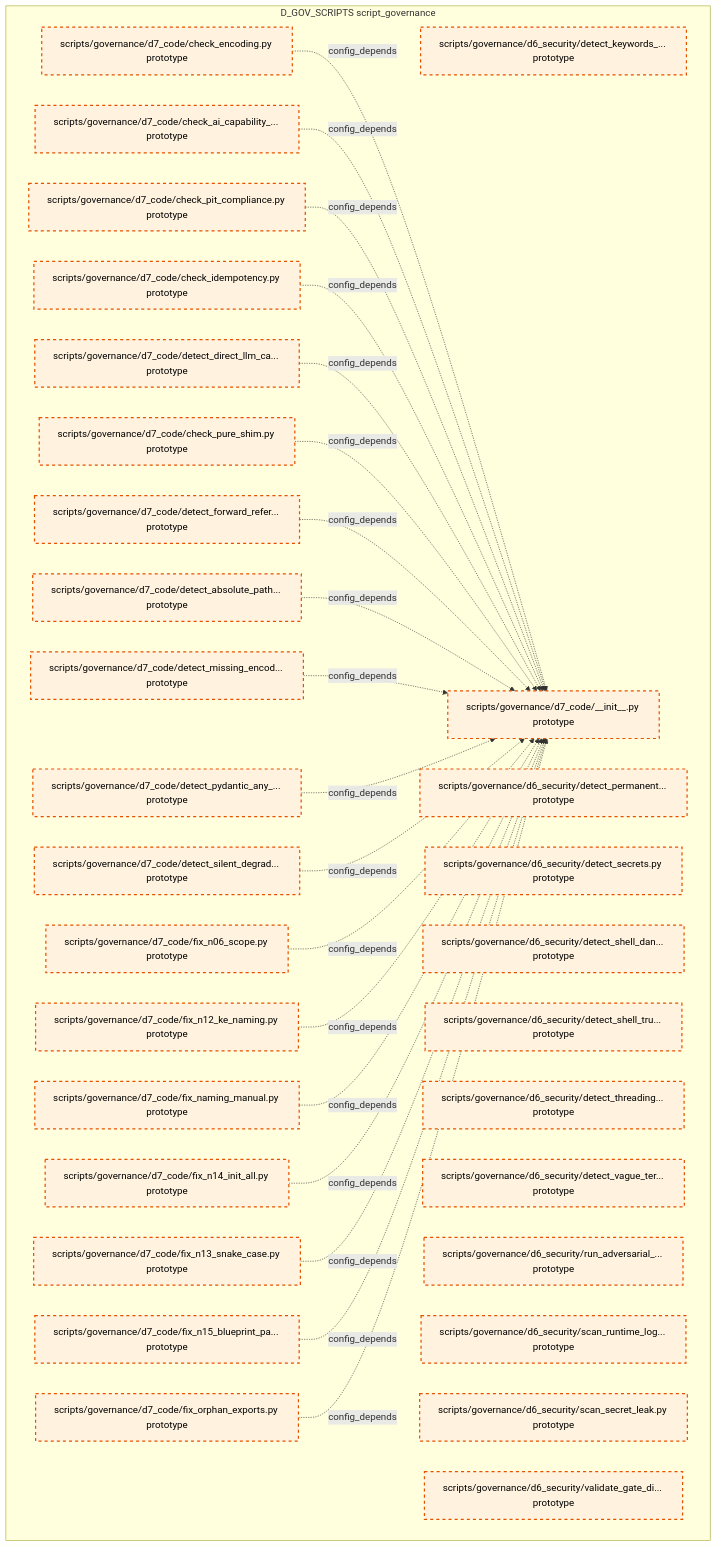
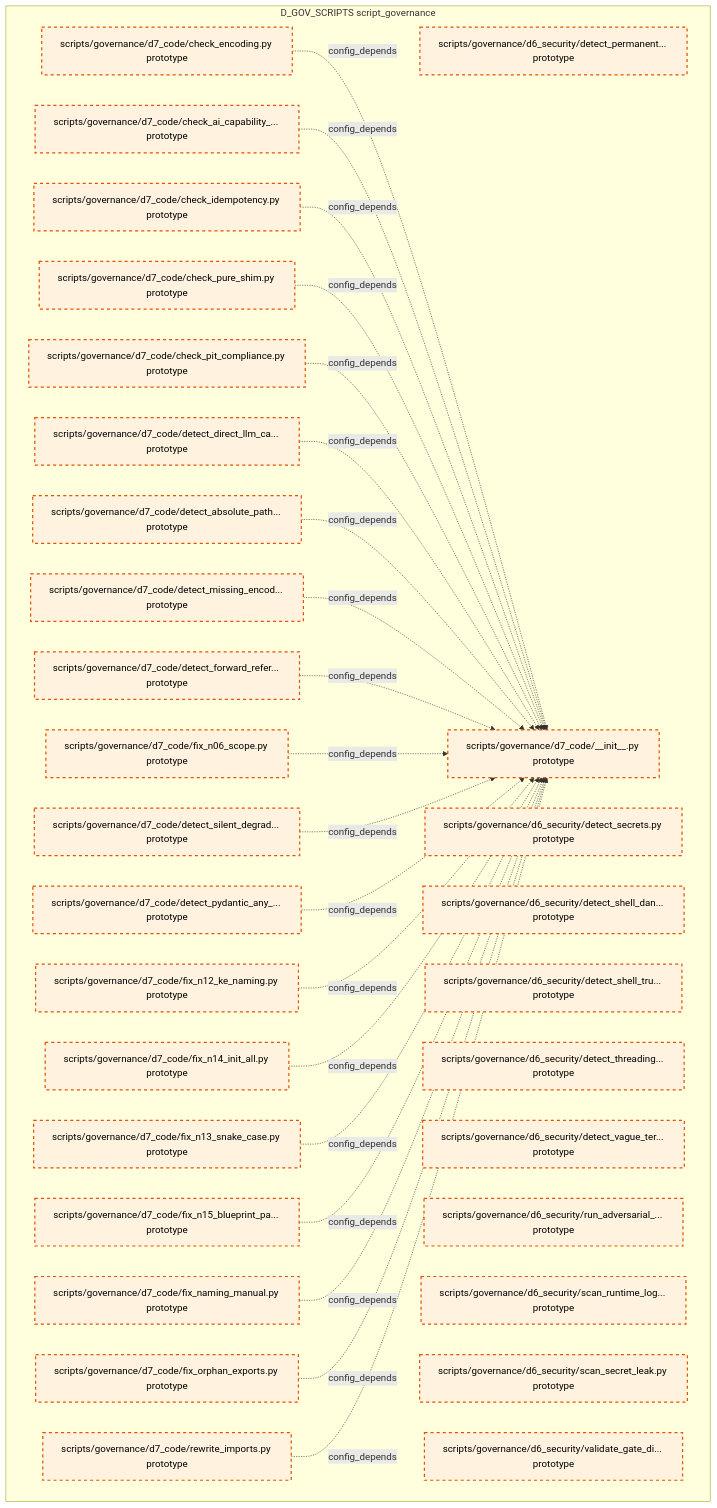
The tenth of 15 diagrams in docs/02_enterprise_architecture/02_domain_architecture_docs/38_d_gov_scripts.md (xuanFelixVan/ZephyrAlpha), drawn with Mermaid before and after one commit. The commit also changed other lines of this file and 100 other files, not shown here.

````diff
--- a/docs/02_enterprise_architecture/02_domain_architecture_docs/38_d_gov_scripts.md
+++ b/docs/02_enterprise_architecture/02_domain_architecture_docs/38_d_gov_scripts.md
@@ -683,58 +689,59 @@
 ```mermaid
 graph TD
     subgraph D_GOV_SCRIPTS["D_GOV_SCRIPTS script_governance"]
-        scripts_governance_d6_security_detect_keywords_in_logs_py["scripts/governance/d6_security/detect_keywords_... prototype"]
         scripts_governance_d6_security_detect_permanent_file_deletion_py["scripts/governance/d6_security/detect_permanent... prototype"]
         scripts_governance_d6_security_detect_secrets_py["scripts/governance/d6_security/detect_secrets.py prototype"]
         scripts_governance_d6_security_detect_shell_dangerous_py["scripts/governance/d6_security/detect_shell_dan... prototype"]
         scripts_governance_d6_security_detect_shell_true_py["scripts/governance/d6_security/detect_shell_tru... prototype"]
         scripts_governance_d6_security_detect_threading_lock_py["scripts/governance/d6_security/detect_threading... prototype"]
         scripts_governance_d6_security_detect_vague_terms_py["scripts/governance/d6_security/detect_vague_ter... prototype"]
         scripts_governance_d6_security_run_adversarial_checks_py["scripts/governance/d6_security/run_adversarial_... prototype"]
         scripts_governance_d6_security_scan_runtime_log_secrets_py["scripts/governance/d6_security/scan_runtime_log... prototype"]
         scripts_governance_d6_security_scan_secret_leak_py["scripts/governance/d6_security/scan_secret_leak.py prototype"]
         scripts_governance_d6_security_validate_gate_discipline_py["scripts/governance/d6_security/validate_gate_di... prototype"]
         scripts_governance_d7_code_init_py["scripts/governance/d7_code/__init__.py prototype"]
         scripts_governance_d7_code_check_ai_capability_boundary_py["scripts/governance/d7_code/check_ai_capability_... prototype"]
         scripts_governance_d7_code_check_encoding_py["scripts/governance/d7_code/check_encoding.py prototype"]
         scripts_governance_d7_code_check_idempotency_py["scripts/governance/d7_code/check_idempotency.py prototype"]
         scripts_governance_d7_code_check_pit_compliance_py["scripts/governance/d7_code/check_pit_compliance.py prototype"]
         scripts_governance_d7_code_check_pure_shim_py["scripts/governance/d7_code/check_pure_shim.py prototype"]
         scripts_governance_d7_code_detect_absolute_path_hardcoding_py["scripts/governance/d7_code/detect_absolute_path... prototype"]
         scripts_governance_d7_code_detect_direct_llm_calls_py["scripts/governance/d7_code/detect_direct_llm_ca... prototype"]
         scripts_governance_d7_code_detect_forward_reference_py["scripts/governance/d7_code/detect_forward_refer... prototype"]
         scripts_governance_d7_code_detect_missing_encoding_py["scripts/governance/d7_code/detect_missing_encod... prototype"]
         scripts_governance_d7_code_detect_pydantic_any_fields_py["scripts/governance/d7_code/detect_pydantic_any_... prototype"]
         scripts_governance_d7_code_detect_silent_degradation_py["scripts/governance/d7_code/detect_silent_degrad... prototype"]
         scripts_governance_d7_code_fix_n06_scope_py["scripts/governance/d7_code/fix_n06_scope.py prototype"]
         scripts_governance_d7_code_fix_n12_ke_naming_py["scripts/governance/d7_code/fix_n12_ke_naming.py prototype"]
         scripts_governance_d7_code_fix_n13_snake_case_py["scripts/governance/d7_code/fix_n13_snake_case.py prototype"]
         scripts_governance_d7_code_fix_n14_init_all_py["scripts/governance/d7_code/fix_n14_init_all.py prototype"]
         scripts_governance_d7_code_fix_n15_blueprint_path_py["scripts/governance/d7_code/fix_n15_blueprint_pa... prototype"]
         scripts_governance_d7_code_fix_naming_manual_py["scripts/governance/d7_code/fix_naming_manual.py prototype"]
         scripts_governance_d7_code_fix_orphan_exports_py["scripts/governance/d7_code/fix_orphan_exports.py prototype"]
+        scripts_governance_d7_code_rewrite_imports_py["scripts/governance/d7_code/rewrite_imports.py prototype"]
     end
     scripts_governance_d7_code_check_encoding_py -.->|config_depends| scripts_governance_d7_code_init_py
     scripts_governance_d7_code_check_ai_capability_boundary_py -.->|config_depends| scripts_governance_d7_code_init_py
+    scripts_governance_d7_code_check_idempotency_py -.->|config_depends| scripts_governance_d7_code_init_py
+    scripts_governance_d7_code_check_pure_shim_py -.->|config_depends| scripts_governance_d7_code_init_py
     scripts_governance_d7_code_check_pit_compliance_py -.->|config_depends| scripts_governance_d7_code_init_py
-    scripts_governance_d7_code_check_idempotency_py -.->|config_depends| scripts_governance_d7_code_init_py
     scripts_governance_d7_code_detect_direct_llm_calls_py -.->|config_depends| scripts_governance_d7_code_init_py
-    scripts_governance_d7_code_check_pure_shim_py -.->|config_depends| scripts_governance_d7_code_init_py
-    scripts_governance_d7_code_detect_forward_reference_py -.->|config_depends| scripts_governance_d7_code_init_py
     scripts_governance_d7_code_detect_absolute_path_hardcoding_py -.->|config_depends| scripts_governance_d7_code_init_py
     scripts_governance_d7_code_detect_missing_encoding_py -.->|config_depends| scripts_governance_d7_code_init_py
+    scripts_governance_d7_code_detect_forward_reference_py -.->|config_depends| scripts_governance_d7_code_init_py
+    scripts_governance_d7_code_fix_n06_scope_py -.->|config_depends| scripts_governance_d7_code_init_py
+    scripts_governance_d7_code_detect_silent_degradation_py -.->|config_depends| scripts_governance_d7_code_init_py
     scripts_governance_d7_code_detect_pydantic_any_fields_py -.->|config_depends| scripts_governance_d7_code_init_py
-    scripts_governance_d7_code_detect_silent_degradation_py -.->|config_depends| scripts_governance_d7_code_init_py
-    scripts_governance_d7_code_fix_n06_scope_py -.->|config_depends| scripts_governance_d7_code_init_py
     scripts_governance_d7_code_fix_n12_ke_naming_py -.->|config_depends| scripts_governance_d7_code_init_py
-    scripts_governance_d7_code_fix_naming_manual_py -.->|config_depends| scripts_governance_d7_code_init_py
     scripts_governance_d7_code_fix_n14_init_all_py -.->|config_depends| scripts_governance_d7_code_init_py
     scripts_governance_d7_code_fix_n13_snake_case_py -.->|config_depends| scripts_governance_d7_code_init_py
     scripts_governance_d7_code_fix_n15_blueprint_path_py -.->|config_depends| scripts_governance_d7_code_init_py
+    scripts_governance_d7_code_fix_naming_manual_py -.->|config_depends| scripts_governance_d7_code_init_py
     scripts_governance_d7_code_fix_orphan_exports_py -.->|config_depends| scripts_governance_d7_code_init_py
+    scripts_governance_d7_code_rewrite_imports_py -.->|config_depends| scripts_governance_d7_code_init_py
     classDef production fill:#e1f5fe,stroke:#01579b,stroke-width:2px,color:#000
     classDef design fill:#fff3e0,stroke:#e65100,stroke-width:2px,color:#000,stroke-dasharray: 5 5
     classDef external_prod fill:#e8f5e9,stroke:#1b5e20,stroke-width:1px,color:#000
     classDef external_design fill:#fce4ec,stroke:#880e4f,stroke-width:1px,color:#000,stroke-dasharray: 5 5
-    class scripts_governance_d6_security_detect_keywords_in_logs_py,scripts_governance_d6_security_detect_permanent_file_deletion_py,scripts_governance_d6_security_detect_secrets_py,scripts_governance_d6_security_detect_shell_dangerous_py,scripts_governance_d6_security_detect_shell_true_py,scripts_governance_d6_security_detect_threading_lock_py,scripts_governance_d6_security_detect_vague_terms_py,scripts_governance_d6_security_run_adversarial_checks_py,scripts_governance_d6_security_scan_runtime_log_secrets_py,scripts_governance_d6_security_scan_secret_leak_py,scripts_governance_d6_security_validate_gate_discipline_py,scripts_governance_d7_code_init_py,scripts_governance_d7_code_check_ai_capability_boundary_py,scripts_governance_d7_code_check_encoding_py,scripts_governance_d7_code_check_idempotency_py,scripts_governance_d7_code_check_pit_compliance_py,scripts_governance_d7_code_check_pure_shim_py,scripts_governance_d7_code_detect_absolute_path_hardcoding_py,scripts_governance_d7_code_detect_direct_llm_calls_py,scripts_governance_d7_code_detect_forward_reference_py,scripts_governance_d7_code_detect_missing_encoding_py,scripts_governance_d7_code_detect_pydantic_any_fields_py,scripts_governance_d7_code_detect_silent_degradation_py,scripts_governance_d7_code_fix_n06_scope_py,scripts_governance_d7_code_fix_n12_ke_naming_py,scripts_governance_d7_code_fix_n13_snake_case_py,scripts_governance_d7_code_fix_n14_init_all_py,scripts_governance_d7_code_fix_n15_blueprint_path_py,scripts_governance_d7_code_fix_naming_manual_py,scripts_governance_d7_code_fix_orphan_exports_py design
+    class scripts_governance_d6_security_detect_permanent_file_deletion_py,scripts_governance_d6_security_detect_secrets_py,scripts_governance_d6_security_detect_shell_dangerous_py,scripts_governance_d6_security_detect_shell_true_py,scripts_governance_d6_security_detect_threading_lock_py,scripts_governance_d6_security_detect_vague_terms_py,scripts_governance_d6_security_run_adversarial_checks_py,scripts_governance_d6_security_scan_runtime_log_secrets_py,scripts_governance_d6_security_scan_secret_leak_py,scripts_governance_d6_security_validate_gate_discipline_py,scripts_governance_d7_code_init_py,scripts_governance_d7_code_check_ai_capability_boundary_py,scripts_governance_d7_code_check_encoding_py,scripts_governance_d7_code_check_idempotency_py,scripts_governance_d7_code_check_pit_compliance_py,scripts_governance_d7_code_check_pure_shim_py,scripts_governance_d7_code_detect_absolute_path_hardcoding_py,scripts_governance_d7_code_detect_direct_llm_calls_py,scripts_governance_d7_code_detect_forward_reference_py,scripts_governance_d7_code_detect_missing_encoding_py,scripts_governance_d7_code_detect_pydantic_any_fields_py,scripts_governance_d7_code_detect_silent_degradation_py,scripts_governance_d7_code_fix_n06_scope_py,scripts_governance_d7_code_fix_n12_ke_naming_py,scripts_governance_d7_code_fix_n13_snake_case_py,scripts_governance_d7_code_fix_n14_init_all_py,scripts_governance_d7_code_fix_n15_blueprint_path_py,scripts_governance_d7_code_fix_naming_manual_py,scripts_governance_d7_code_fix_orphan_exports_py,scripts_governance_d7_code_rewrite_imports_py design
 ```
````
